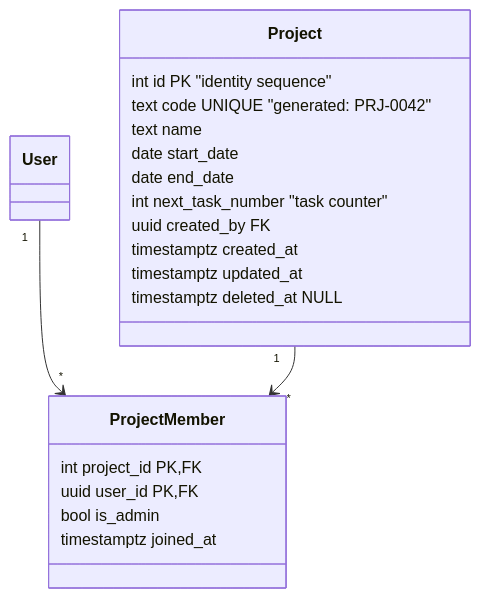
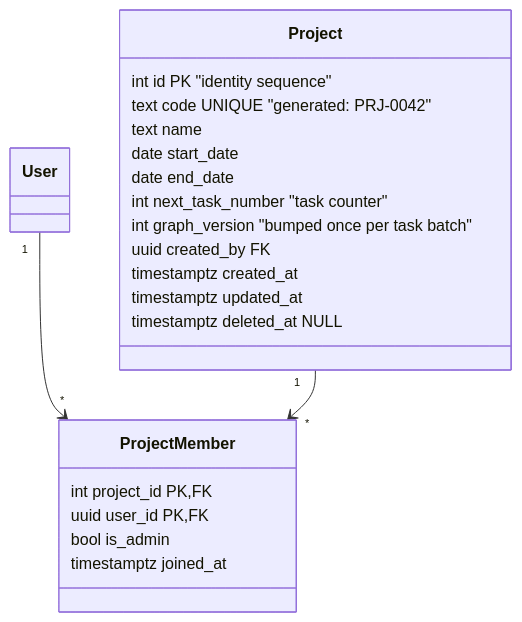
The second of 4 diagrams in README.md (yessser/sitetrack), drawn with Mermaid before and after one commit. The commit also changed other lines of this file and 16 other files, not shown here.

Commit message:
feat(tasks): batch changes with a versioned changelog, snapshot and since routes, hourly trim; single-task routes go through the batch engine

````diff
--- a/README.md
+++ b/README.md
@@ -92,23 +92,24 @@
 ```mermaid
 classDiagram
   class Project {
     int id PK "identity sequence"
     text code UNIQUE "generated: PRJ-0042"
     text name
     date start_date
     date end_date
     int next_task_number "task counter"
+    int graph_version "bumped once per task batch"
     uuid created_by FK
     timestamptz created_at
     timestamptz updated_at
     timestamptz deleted_at NULL
   }
   class ProjectMember {
     int project_id PK,FK
     uuid user_id PK,FK
     bool is_admin
     timestamptz joined_at
   }
   User "1" --> "*" ProjectMember
   Project "1" --> "*" ProjectMember
 ```
````
